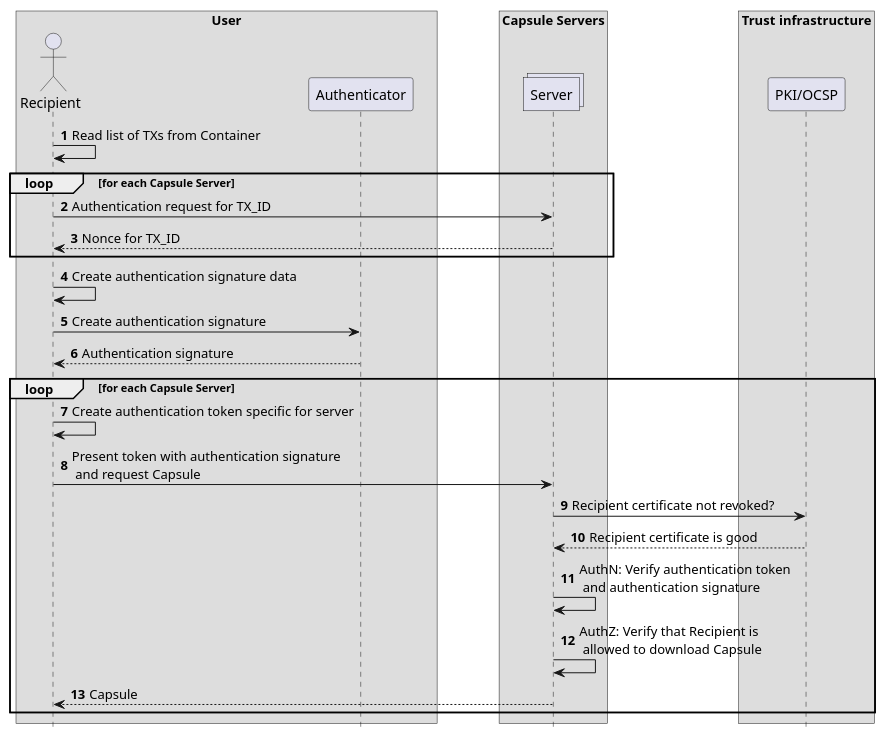
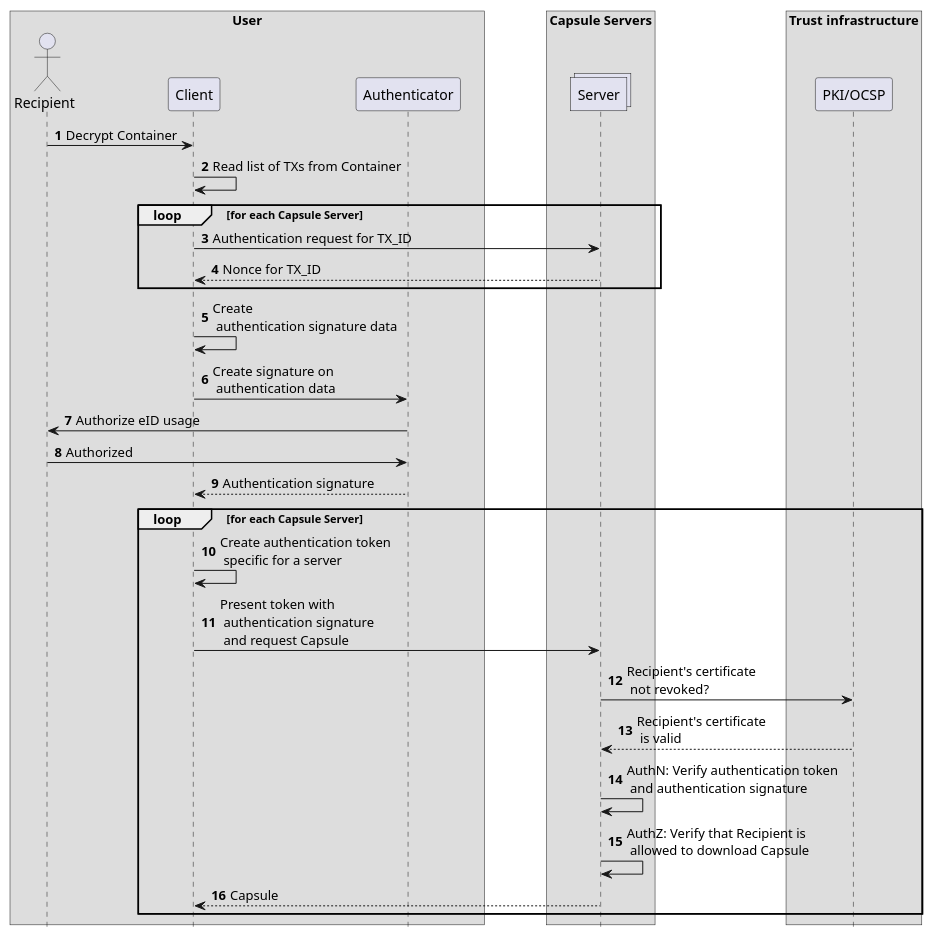
One commit to open-eid/CDOC2 changed the diagram in cdoc2-system-docs/docs/03_system_architecture/ch05_ID_authentication_protocol.md. Above: the diagram before and after it, drawn with PlantUML. The commit also changed other lines of this file and 1 other file, not shown here.

````diff
--- a/cdoc2-system-docs/docs/03_system_architecture/ch05_ID_authentication_protocol.md
+++ b/cdoc2-system-docs/docs/03_system_architecture/ch05_ID_authentication_protocol.md
@@ -34,39 +34,43 @@
 ```plantuml
 @startuml
 skinparam ParticipantPadding 20
 skinparam BoxPadding 30
 hide footbox
 autonumber
 
 box "User"
 Actor Recipient as R
+participant Client as C
 participant Authenticator as A
 end box
 
 box "Capsule Servers"
 collections Server as S
 end box
 
 box "Trust infrastructure"
 participant "PKI/OCSP" as PKI
 end box
 
-R -> R: Read list of TXs from Container
+R -> C: Decrypt Container
+C -> C: Read list of TXs from Container
 loop for each Capsule Server
-    R -> S: Authentication request for TX_ID
-    S --> R: Nonce for TX_ID
+    C -> S: Authentication request for TX_ID
+    S --> C: Nonce for TX_ID
 end
-R -> R: Create authentication signature data
-R -> A: Create authentication signature
-A --> R: Authentication signature
+C -> C: Create \n authentication signature data
+C -> A: Create signature on \n authentication data
+A -> R: Authorize eID usage
+R -> A: Authorized
+A --> C: Authentication signature
 loop for each Capsule Server
-    R -> R: Create authentication token specific for server
-    R -> S: Present token with authentication signature \n and request Capsule
-    S -> PKI: Recipient certificate not revoked?
-    PKI --> S: Recipient certificate is good
+    C -> C: Create authentication token \n specific for a server
+    C -> S: Present token with \n authentication signature \n and request Capsule
+    S -> PKI: Recipient's certificate \n not revoked?
+    PKI --> S: Recipient's certificate \n is valid
     S -> S: AuthN: Verify authentication token \n and authentication signature
     S -> S: AuthZ: Verify that Recipient is \n allowed to download Capsule
-    S --> R: Capsule
+    S --> C: Capsule
 end
 @enduml
 ```
````
